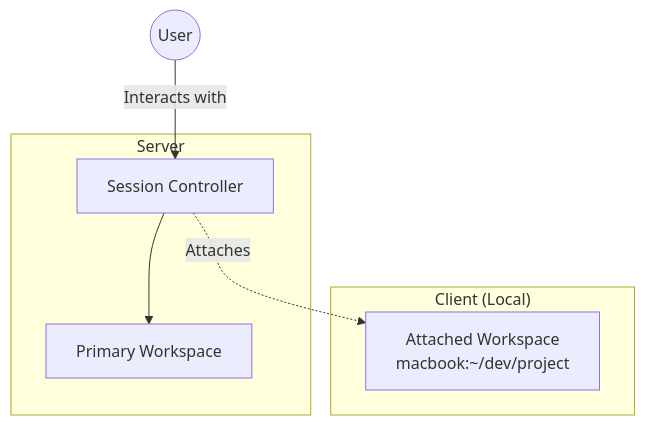
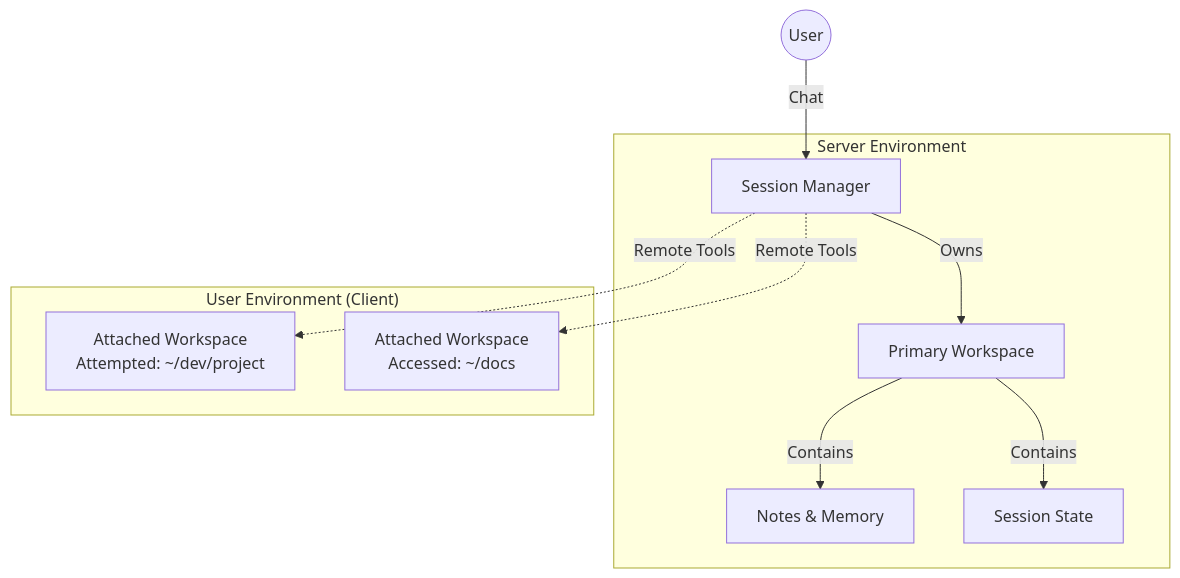
The first of 2 diagrams in docs/workspaces_feature_overview.md (phynics/monad-project), drawn with Mermaid before and after one commit. The commit also changed other lines of this file and 19 other files, not shown here.

````diff
--- a/docs/workspaces_feature_overview.md
+++ b/docs/workspaces_feature_overview.md
@@ -20,14 +24,18 @@
 ```mermaid
 graph TD
-    User((User)) -->|Interacts with| Session[Session Controller]
+    User((User)) -->|Chat| Session[Session Manager]
     
-    subgraph "Server"
-        Session --> Primary[Primary Workspace]
+    subgraph "Server Environment"
+        Session -->|Owns| Primary[Primary Workspace]
+        Primary -->|Contains| Notes[Notes & Memory]
+        Primary -->|Contains| State[Session State]
     end
 
-    subgraph "Client (Local)"
-        Attached1["Attached Workspace\nmacbook:~/dev/project"]
+    subgraph "User Environment (Client)"
+        Attached1["Attached Workspace\nAttempted: ~/dev/project"]
+        Attached2["Attached Workspace\nAccessed: ~/docs"]
     end
 
-    Session -.->|Attaches| Attached1
+    Session -.->|Remote Tools| Attached1
+    Session -.->|Remote Tools| Attached2
 ```
````
